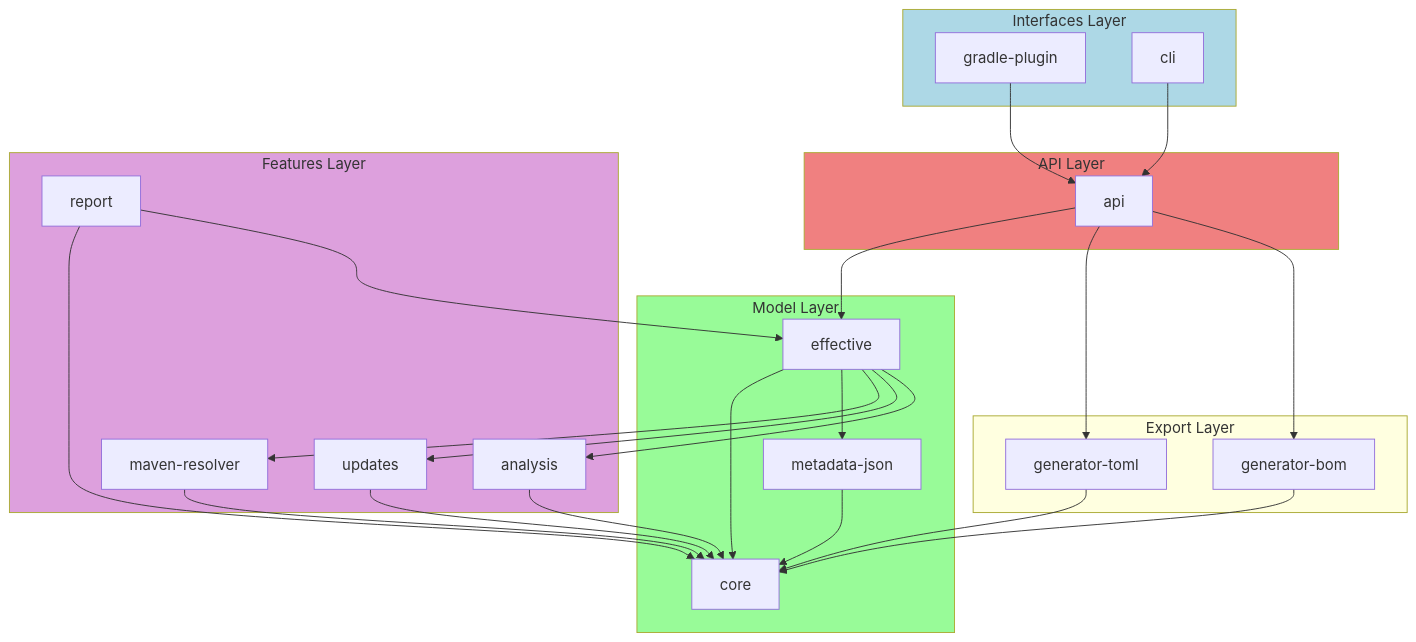
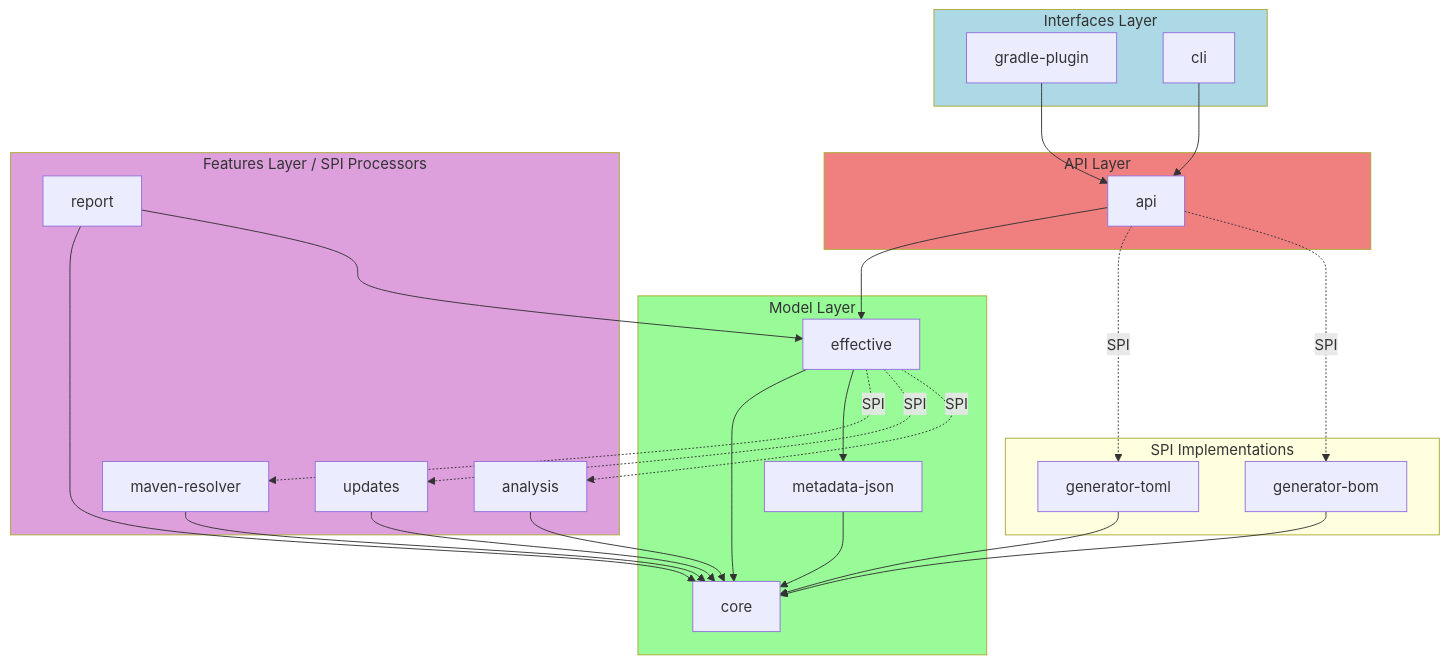
The fourth of 5 diagrams in docs/01-concepts/architecture.adoc (zenhelix/dependanger), drawn with Mermaid before and after one commit. The commit also changed other lines of this file and 9 other files, not shown here.

```diff
--- a/docs/01-concepts/architecture.adoc
+++ b/docs/01-concepts/architecture.adoc
@@ -188,59 +213,59 @@
 [mermaid,target=module-deps,format=svg]
 ----
 flowchart TB
     subgraph interfaces [Interfaces Layer]
         gradle-plugin[gradle-plugin]
         cli[cli]
     end
 
     subgraph apiLayer [API Layer]
         api[api]
     end
 
     subgraph modelLayer [Model Layer]
         effective[effective]
         metadata-json[metadata-json]
         core[core]
     end
 
-    subgraph exportLayer [Export Layer]
+    subgraph spiImpl [SPI Implementations]
         generator-toml[generator-toml]
         generator-bom[generator-bom]
     end
 
-    subgraph features [Features Layer]
+    subgraph features [Features Layer / SPI Processors]
         maven-resolver[maven-resolver]
         updates[updates]
         analysis[analysis]
         report[report]
     end
 
     gradle-plugin --> api
     cli --> api
 
     api --> effective
-    api --> generator-toml
-    api --> generator-bom
+    api -.->|"SPI"| generator-toml
+    api -.->|"SPI"| generator-bom
 
     effective --> core
     effective --> metadata-json
-    effective --> maven-resolver
-    effective --> updates
-    effective --> analysis
+    effective -.->|"SPI"| maven-resolver
+    effective -.->|"SPI"| updates
+    effective -.->|"SPI"| analysis
 
     metadata-json --> core
 
     generator-toml --> core
     generator-bom --> core
     maven-resolver --> core
     updates --> core
     analysis --> core
     report --> core
     report --> effective
 
     style interfaces fill:#ADD8E6
     style apiLayer fill:#F08080
     style modelLayer fill:#98FB98
-    style exportLayer fill:#FFFFE0
+    style spiImpl fill:#FFFFE0
     style features fill:#DDA0DD
 ----
```
